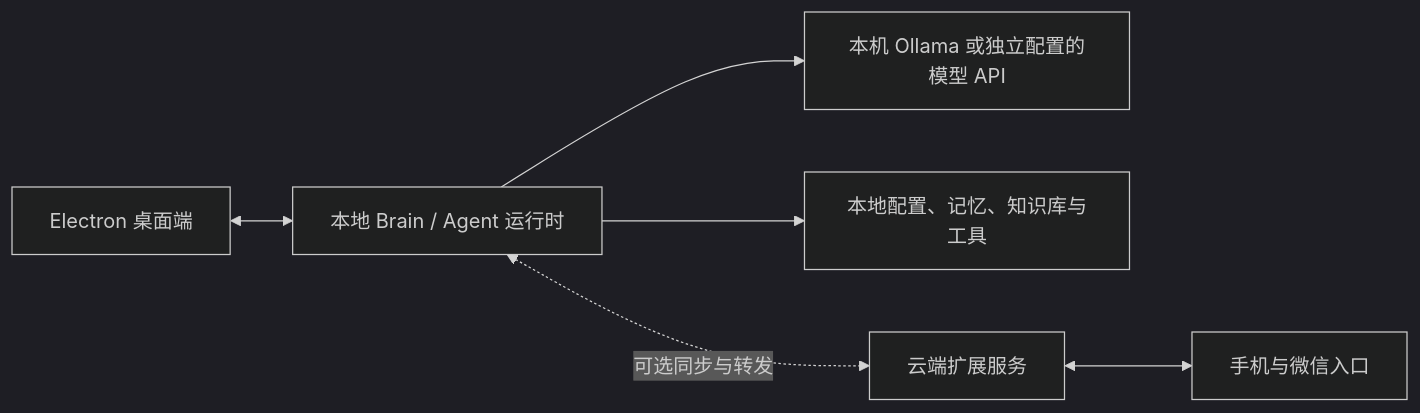
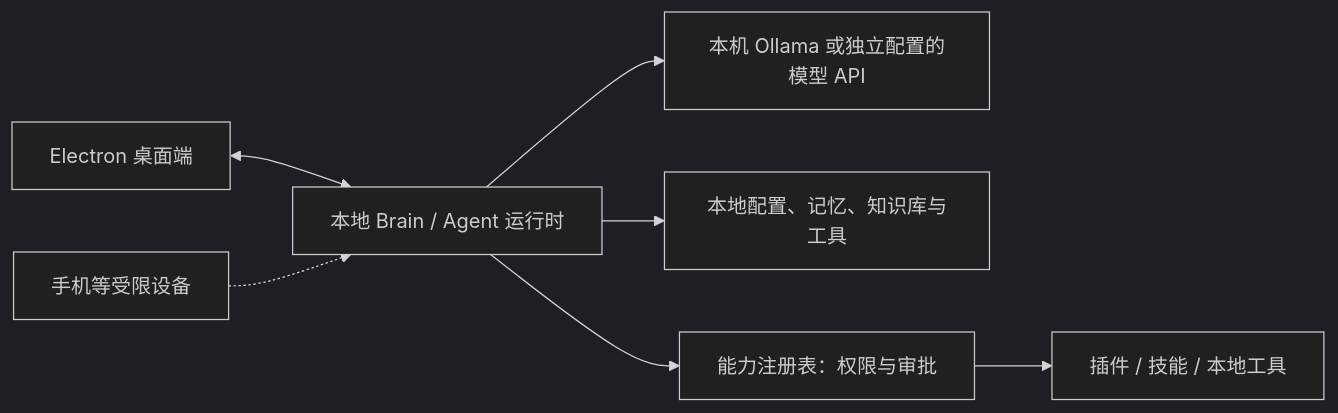
One commit to limingyi2/vigil changed the diagram in docs/USER_GUIDE.md. Above: the diagram before and after it, drawn with Mermaid (dark theme). The commit also changed other lines of this file and 16 other files, not shown here.

````diff
--- a/docs/USER_GUIDE.md
+++ b/docs/USER_GUIDE.md
@@ -45,8 +46,9 @@
 ```mermaid
 flowchart LR
   Desktop[Electron 桌面端] <--> Local[本地 Brain / Agent 运行时]
   Local --> Model[本机 Ollama 或独立配置的模型 API]
   Local --> Data[本地配置、记忆、知识库与工具]
-  Local <-. 可选同步与转发 .-> Cloud[云端扩展服务]
-  Cloud <--> Mobile[手机与微信入口]
+  Local --> Caps[能力注册表：权限与审批]
+  Caps --> Ext[插件 / 技能 / 本地工具]
+  Mobile[手机等受限设备] -.-> Local
 ```
````
